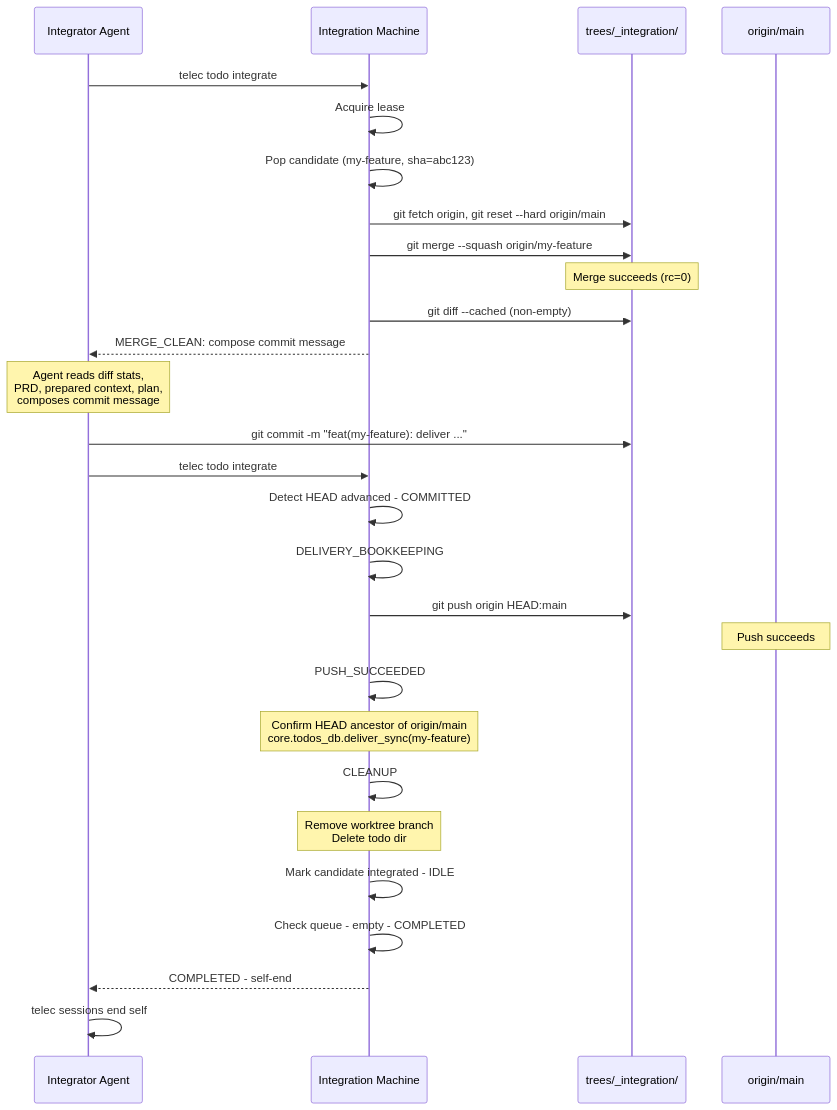
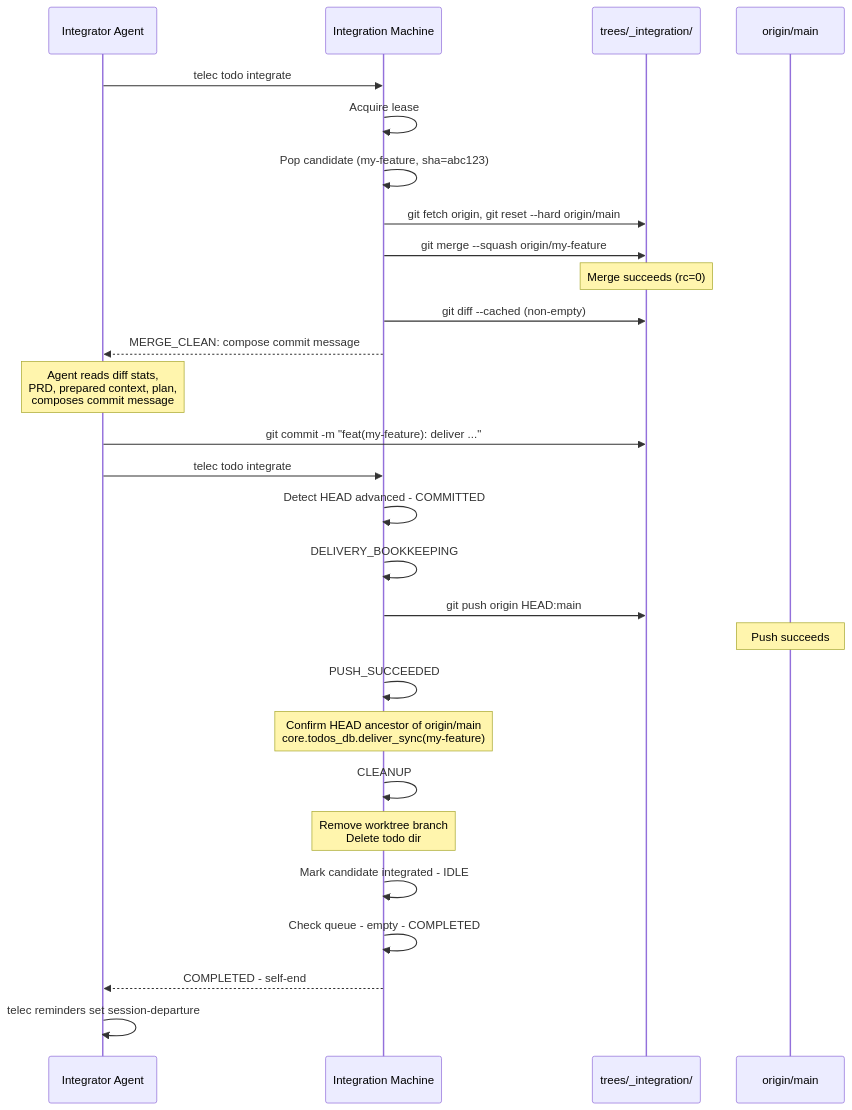
One commit to InstruktAI/TeleClaude changed the fourth of 12 diagrams in docs/project/design/architecture/integration-state-machine.md. Above: the diagram before and after it, drawn with Mermaid. The commit also changed 5 other files, not shown here.

First line of the commit message:
docs(lifecycle): reflect self-end mechanism as session-departure reminder

````diff
--- a/docs/project/design/architecture/integration-state-machine.md
+++ b/docs/project/design/architecture/integration-state-machine.md
@@ -271,34 +271,34 @@
 ```mermaid
 sequenceDiagram
     participant Agent as Integrator Agent
     participant SM as Integration Machine
     participant WT as trees/_integration/
     participant Origin as origin/main
 
     Agent->>SM: telec todo integrate
     SM->>SM: Acquire lease
     SM->>SM: Pop candidate (my-feature, sha=abc123)
     SM->>WT: git fetch origin, git reset --hard origin/main
     SM->>WT: git merge --squash origin/my-feature
     Note over WT: Merge succeeds (rc=0)
     SM->>WT: git diff --cached (non-empty)
     SM-->>Agent: MERGE_CLEAN: compose commit message
 
     Note over Agent: Agent reads diff stats,<br/>PRD, prepared context, plan,<br/>composes commit message
     Agent->>WT: git commit -m "feat(my-feature): deliver ..."
     Agent->>SM: telec todo integrate
 
     SM->>SM: Detect HEAD advanced - COMMITTED
     SM->>SM: DELIVERY_BOOKKEEPING
     SM->>WT: git push origin HEAD:main
     Note over Origin: Push succeeds
     SM->>SM: PUSH_SUCCEEDED
     Note over SM: Confirm HEAD ancestor of origin/main<br/>core.todos_db.deliver_sync(my-feature)
 
     SM->>SM: CLEANUP
     Note over SM: Remove worktree branch<br/>Delete todo dir
     SM->>SM: Mark candidate integrated - IDLE
     SM->>SM: Check queue - empty - COMPLETED
     SM-->>Agent: COMPLETED - self-end
-    Agent->>Agent: telec sessions end self
+    Agent->>Agent: telec reminders set session-departure
 ```
````
